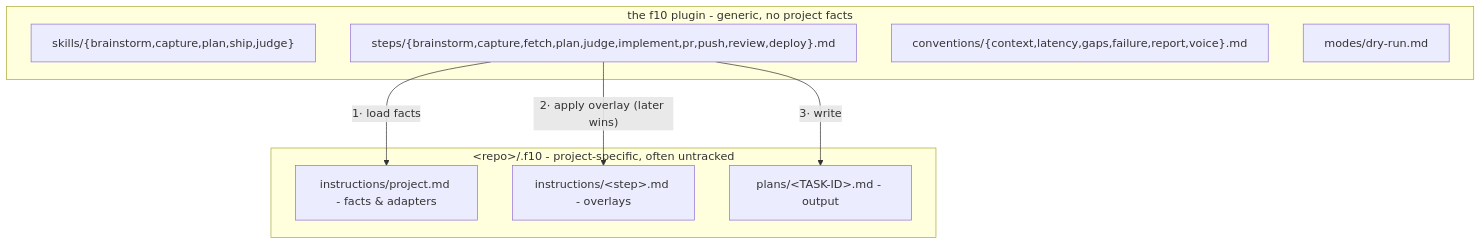
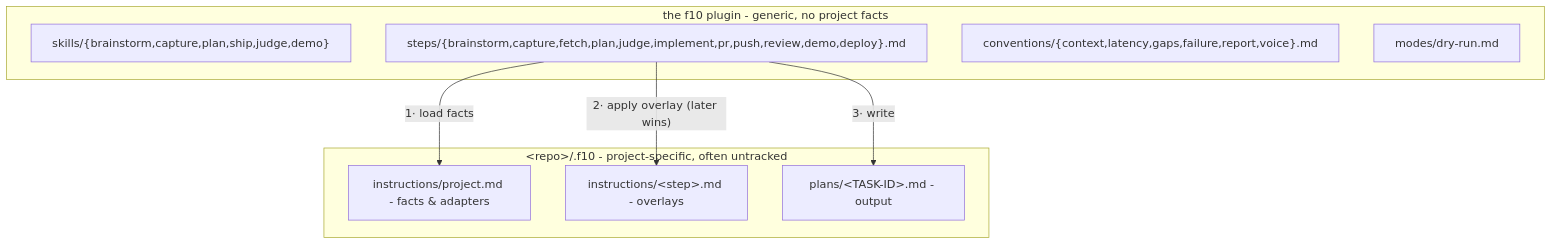
Before and after one commit to amberpixels/f10: the second of 2 diagrams in README.md, drawn with Mermaid. The commit also changed other lines of this file and 3 other files, not shown here.

````diff
--- a/README.md
+++ b/README.md
@@ -165,17 +185,17 @@
 ```mermaid
 flowchart TB
     subgraph plugin ["the f10 plugin - generic, no project facts"]
-        skills2["skills/{brainstorm,capture,plan,ship,judge}"]
-        gsteps["steps/{brainstorm,capture,fetch,plan,judge,implement,pr,push,review,deploy}.md"]
+        skills2["skills/{brainstorm,capture,plan,ship,judge,demo}"]
+        gsteps["steps/{brainstorm,capture,fetch,plan,judge,implement,pr,push,review,demo,deploy}.md"]
         conv["conventions/{context,latency,gaps,failure,report,voice}.md"]
         modes2["modes/dry-run.md"]
     end
     subgraph repo ["&lt;repo&gt;/.f10 - project-specific, often untracked"]
         proj["instructions/project.md - facts & adapters"]
         over["instructions/&lt;step&gt;.md - overlays"]
         plans2["plans/&lt;TASK-ID&gt;.md - output"]
     end
     gsteps -- "1· load facts" --> proj
     gsteps -- "2· apply overlay (later wins)" --> over
     gsteps -- "3· write" --> plans2
 ```
````
